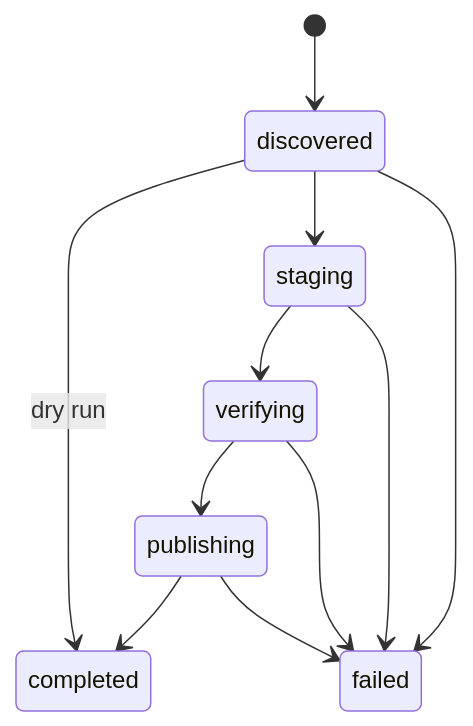
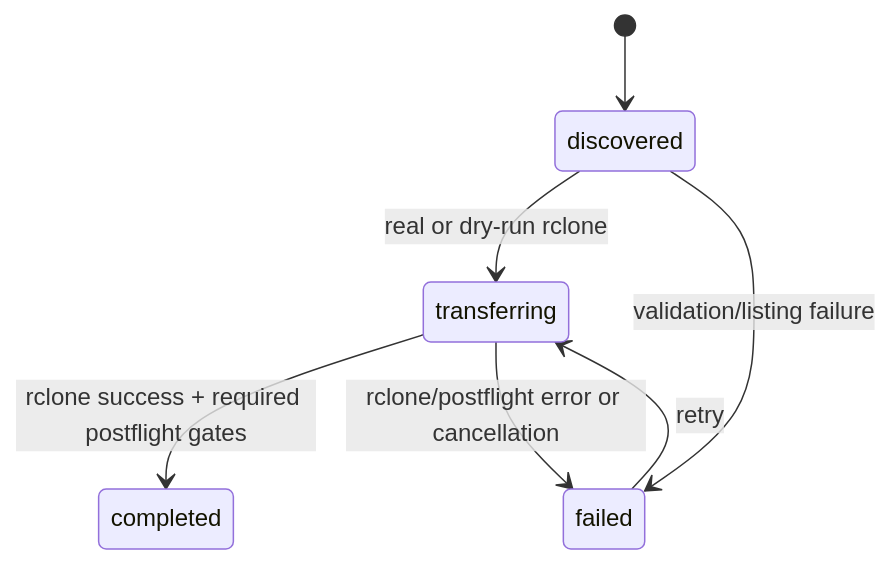
Before and after one commit to yuanweize/atomic-sync: the second of 2 diagrams in docs/ARCHITECTURE.md, drawn with Mermaid. The commit also changed other lines of this file and 34 other files, not shown here.

````diff
--- a/docs/ARCHITECTURE.md
+++ b/docs/ARCHITECTURE.md
@@ -29,13 +44,9 @@
 ```mermaid
 stateDiagram-v2
   [*] --> discovered
-  discovered --> completed: dry run
-  discovered --> staging
-  staging --> verifying
-  verifying --> publishing
-  publishing --> completed
-  discovered --> failed
-  staging --> failed
-  verifying --> failed
-  publishing --> failed
+  discovered --> transferring: real or dry-run rclone
+  transferring --> completed: rclone success + required postflight gates
+  discovered --> failed: validation/listing failure
+  transferring --> failed: rclone/postflight error or cancellation
+  failed --> transferring: retry
 ```
````
